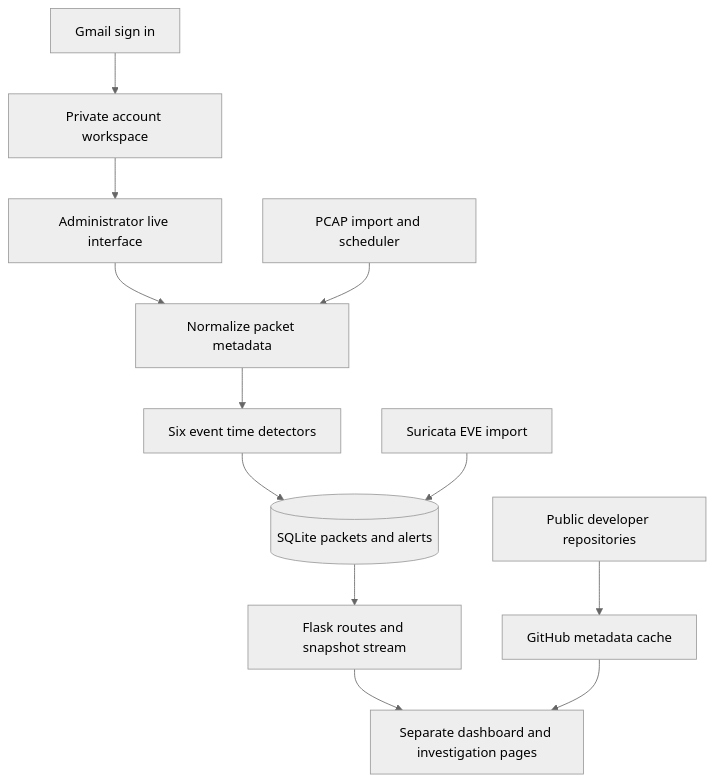
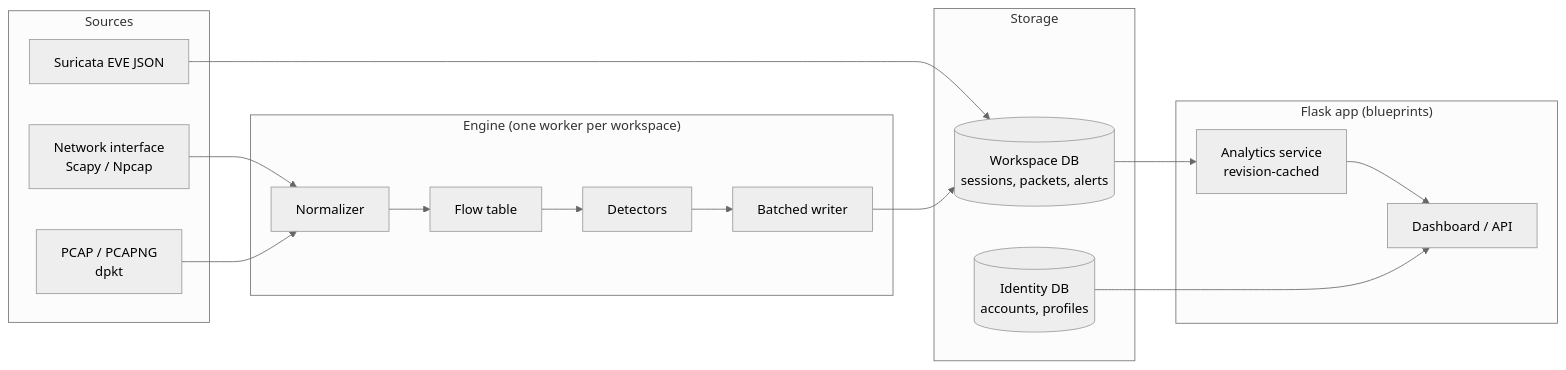
Before and after one commit to MeazbahMehedi/SentinelFlow: the diagram in README.md, drawn with Mermaid (neutral theme). The commit also changed other lines of this file and 17 other files, not shown here.

````diff
--- a/README.md
+++ b/README.md
@@ -248,14 +151,25 @@
 ```mermaid
-flowchart TD
-    U[Gmail sign in] --> W[Private account workspace]
-    W --> A[Administrator live interface]
-    A --> C[Normalize packet metadata]
-    B[PCAP import and scheduler] --> C
-    C --> D[Six event time detectors]
-    D --> E[(SQLite packets and alerts)]
-    F[Suricata EVE import] --> E
-    E --> G[Flask routes and snapshot stream]
-    G --> H[Separate dashboard and investigation pages]
-    J[Public developer repositories] --> K[GitHub metadata cache]
-    K --> H
+flowchart LR
+    subgraph Sources
+        NIC[Network interface<br/>Scapy / Npcap]
+        PCAP[PCAP / PCAPNG<br/>dpkt]
+        EVE[Suricata EVE JSON]
+    end
+    subgraph Engine["Engine (one worker per workspace)"]
+        N[Normalizer] --> F[Flow table] --> D[Detectors]
+        D --> W[Batched writer]
+    end
+    subgraph Storage
+        I[(Identity DB<br/>accounts, profiles)]
+        WS[(Workspace DB<br/>sessions, packets, alerts)]
+    end
+    subgraph Web["Flask app (blueprints)"]
+        A[Analytics service<br/>revision-cached] --> UI[Dashboard / API]
+    end
+    NIC --> N
+    PCAP --> N
+    EVE --> WS
+    W --> WS
+    WS --> A
+    I --> UI
 ```
````
